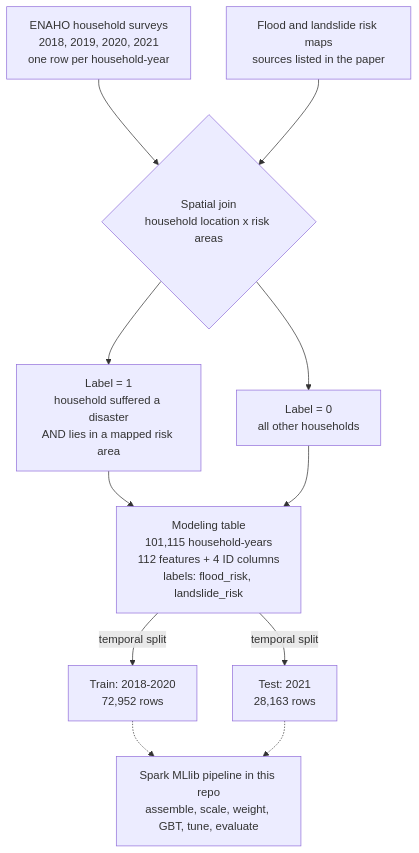
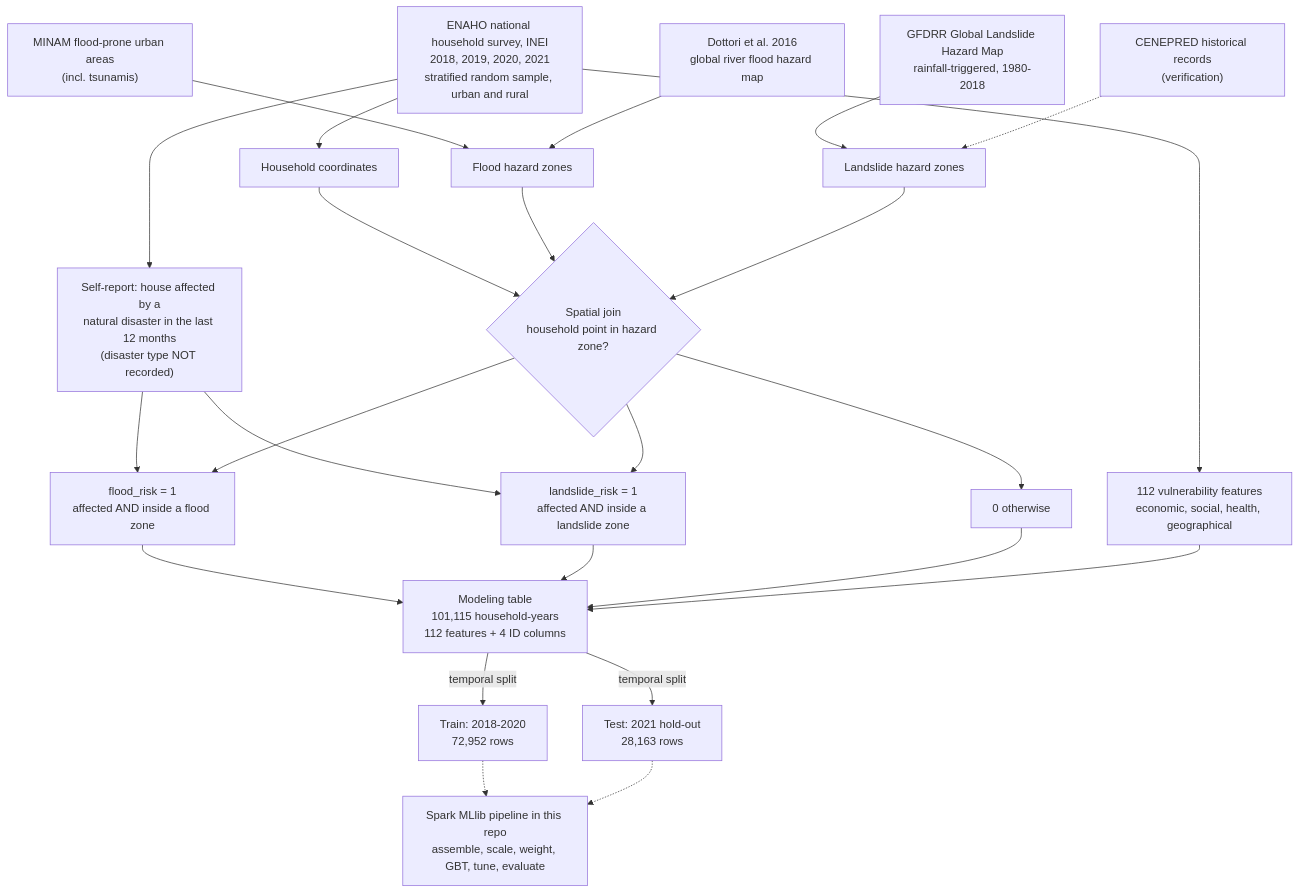
The diagram in README.md (renatoquiliche/peru-disaster-risk-spark), drawn with Mermaid before and after one commit. The commit also changed other lines of this file, not shown here.

Commit message:
Add ETL pipeline diagram and labelling details to README
Document the upstream data pipeline: ENAHO 2018-2021, hazard-zone
sources (MINAM, Dottori et al. 2016, GFDRR, CENEPRED), the spatial-join
labelling rule, and class balance per split.

````diff
--- a/README.md
+++ b/README.md
@@ -22,23 +22,47 @@
 ```mermaid
 flowchart TD
-    A["ENAHO household surveys<br/>2018, 2019, 2020, 2021<br/>one row per household-year"]
-    B["Flood and landslide risk maps<br/>sources listed in the paper"]
-    C{"Spatial join<br/>household location x risk areas"}
-    D["Label = 1<br/>household suffered a disaster<br/>AND lies in a mapped risk area"]
-    E["Label = 0<br/>all other households"]
-    F["Modeling table<br/>101,115 household-years<br/>112 features + 4 ID columns<br/>labels: flood_risk, landslide_risk"]
+    A["ENAHO national household survey, INEI<br/>2018, 2019, 2020, 2021<br/>stratified random sample, urban and rural"]
+    A1["Household coordinates"]
+    A2["Self-report: house affected by a<br/>natural disaster in the last 12 months<br/>(disaster type NOT recorded)"]
+    A3["112 vulnerability features<br/>economic, social, health, geographical"]
+
+    B1["MINAM flood-prone urban areas<br/>(incl. tsunamis)"]
+    B2["Dottori et al. 2016<br/>global river flood hazard map"]
+    B3["GFDRR Global Landslide Hazard Map<br/>rainfall-triggered, 1980-2018"]
+    B4["CENEPRED historical records<br/>(verification)"]
+    FZ["Flood hazard zones"]
+    LZ["Landslide hazard zones"]
+
+    C{"Spatial join<br/>household point in hazard zone?"}
+    D["flood_risk = 1<br/>affected AND inside a flood zone"]
+    E["landslide_risk = 1<br/>affected AND inside a landslide zone"]
+    N["0 otherwise"]
+    F["Modeling table<br/>101,115 household-years<br/>112 features + 4 ID columns"]
     G["Train: 2018-2020<br/>72,952 rows"]
-    H["Test: 2021<br/>28,163 rows"]
+    H["Test: 2021 hold-out<br/>28,163 rows"]
     I["Spark MLlib pipeline in this repo<br/>assemble, scale, weight, GBT, tune, evaluate"]
 
-    A --> C
-    B --> C
+    A --> A1
+    A --> A2
+    A --> A3
+    B1 --> FZ
+    B2 --> FZ
+    B3 --> LZ
+    B4 -.-> LZ
+    A1 --> C
+    FZ --> C
+    LZ --> C
+    A2 --> D
+    A2 --> E
     C --> D
     C --> E
+    C --> N
     D --> F
     E --> F
+    N --> F
+    A3 --> F
     F -->|temporal split| G
     F -->|temporal split| H
     G -.-> I
     H -.-> I
 ```
````
